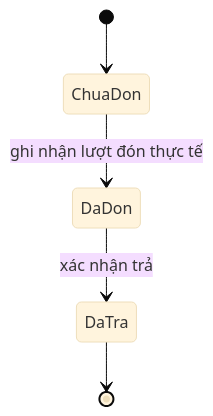
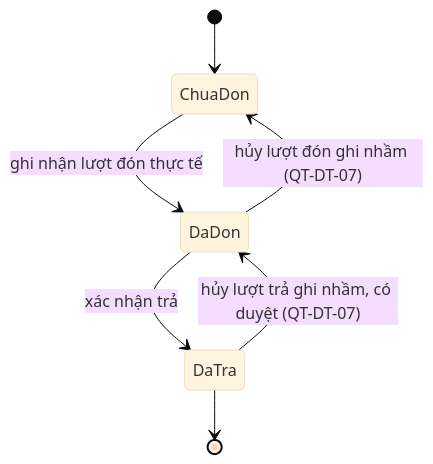
The second of 2 diagrams in docs/survey/08-child-drop-off-and-pick-up.md (CAMEL1204/Kindergarten-Management-System), drawn with Mermaid (base theme) before and after one commit. The commit also changed other lines of this file and 12 other files, not shown here.

````diff
--- a/docs/survey/08-child-drop-off-and-pick-up.md
+++ b/docs/survey/08-child-drop-off-and-pick-up.md
@@ -130,7 +135,9 @@
 ```mermaid
 stateDiagram-v2
     [*] --> ChuaDon
     ChuaDon --> DaDon: ghi nhận lượt đón thực tế
+    DaDon --> ChuaDon: hủy lượt đón ghi nhầm (QT-DT-07)
     DaDon --> DaTra: xác nhận trả
+    DaTra --> DaDon: hủy lượt trả ghi nhầm, có duyệt (QT-DT-07)
     DaTra --> [*]
 ```
````
